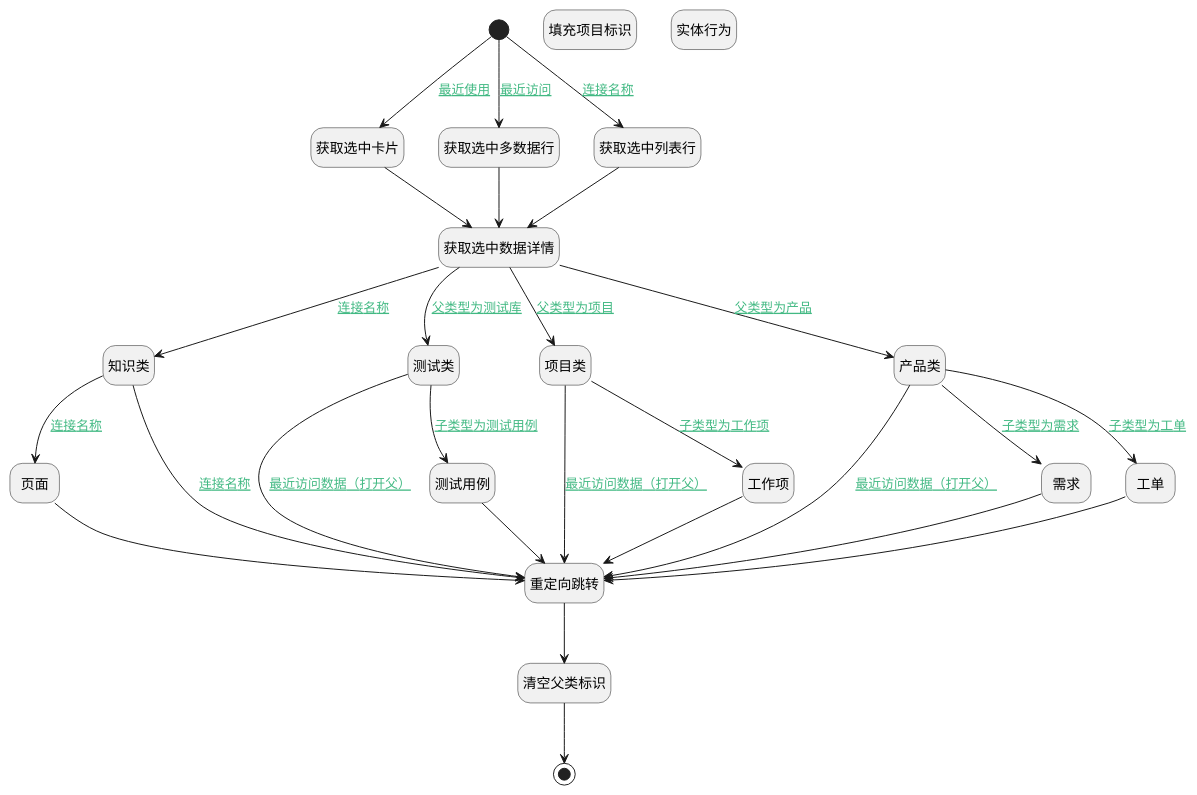
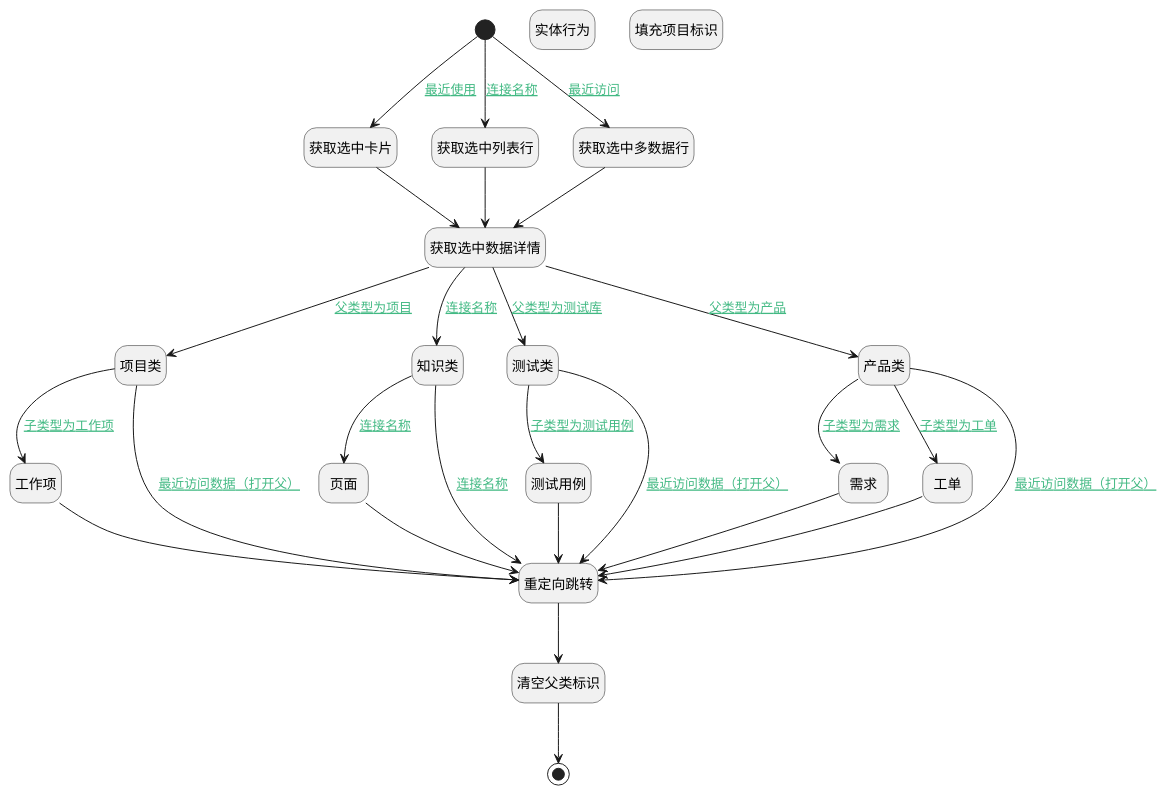
The diagram in doc/docsify/module/Base/recent/uilogic/mob_recent_jump_other_view.md (iBizLab/plm), drawn with PlantUML before and after one commit. The commit also changed other lines of this file and 862 other files, not shown here.

````diff
--- a/doc/docsify/module/Base/recent/uilogic/mob_recent_jump_other_view.md
+++ b/doc/docsify/module/Base/recent/uilogic/mob_recent_jump_other_view.md
@@ -7,61 +7,61 @@
 ```plantuml
 @startuml
 hide footbox
 <style>
 root {
   HyperlinkColor #42b983
 }
 </style>
 
 hide empty description
 state "开始" as Begin <<start>> [[$./mob_recent_jump_other_view#begin {开始}]]
-state "页面" as PREPAREJSPARAM12  [[$./mob_recent_jump_other_view#preparejsparam12 {页面}]]
-state "知识类" as PREPAREJSPARAM11  [[$./mob_recent_jump_other_view#preparejsparam11 {知识类}]]
-state "获取选中数据详情" as RAWJSCODE1  [[$./mob_recent_jump_other_view#rawjscode1 {获取选中数据详情}]]
-state "重定向跳转" as DEUIACTION1  [[$./mob_recent_jump_other_view#deuiaction1 {重定向跳转}]]
-state "获取选中卡片" as PREPAREJSPARAM1  [[$./mob_recent_jump_other_view#preparejsparam1 {获取选中卡片}]]
-state "填充项目标识" as PREPAREJSPARAM13  [[$./mob_recent_jump_other_view#preparejsparam13 {填充项目标识}]]
-state "测试类" as PREPAREJSPARAM8  [[$./mob_recent_jump_other_view#preparejsparam8 {测试类}]]
-state "结束" as END1 <<end>> [[$./mob_recent_jump_other_view#end1 {结束}]]
-state "清空父类标识" as PREPAREJSPARAM10  [[$./mob_recent_jump_other_view#preparejsparam10 {清空父类标识}]]
-state "需求" as PREPAREJSPARAM4  [[$./mob_recent_jump_other_view#preparejsparam4 {需求}]]
-state "项目类" as PREPAREJSPARAM6  [[$./mob_recent_jump_other_view#preparejsparam6 {项目类}]]
-state "获取选中多数据行" as PREPAREJSPARAM2  [[$./mob_recent_jump_other_view#preparejsparam2 {获取选中多数据行}]]
 state "实体行为" as DEACTION1  [[$./mob_recent_jump_other_view#deaction1 {实体行为}]]
 state "工作项" as PREPAREJSPARAM7  [[$./mob_recent_jump_other_view#preparejsparam7 {工作项}]]
+state "获取选中卡片" as PREPAREJSPARAM1  [[$./mob_recent_jump_other_view#preparejsparam1 {获取选中卡片}]]
+state "结束" as END1 <<end>> [[$./mob_recent_jump_other_view#end1 {结束}]]
+state "获取选中数据详情" as RAWJSCODE1  [[$./mob_recent_jump_other_view#rawjscode1 {获取选中数据详情}]]
+state "项目类" as PREPAREJSPARAM6  [[$./mob_recent_jump_other_view#preparejsparam6 {项目类}]]
+state "页面" as PREPAREJSPARAM12  [[$./mob_recent_jump_other_view#preparejsparam12 {页面}]]
+state "清空父类标识" as PREPAREJSPARAM10  [[$./mob_recent_jump_other_view#preparejsparam10 {清空父类标识}]]
+state "知识类" as PREPAREJSPARAM11  [[$./mob_recent_jump_other_view#preparejsparam11 {知识类}]]
+state "需求" as PREPAREJSPARAM4  [[$./mob_recent_jump_other_view#preparejsparam4 {需求}]]
+state "测试用例" as PREPAREJSPARAM9  [[$./mob_recent_jump_other_view#preparejsparam9 {测试用例}]]
+state "测试类" as PREPAREJSPARAM8  [[$./mob_recent_jump_other_view#preparejsparam8 {测试类}]]
 state "工单" as PREPAREJSPARAM5  [[$./mob_recent_jump_other_view#preparejsparam5 {工单}]]
 state "获取选中列表行" as PREPAREJSPARAM14  [[$./mob_recent_jump_other_view#preparejsparam14 {获取选中列表行}]]
-state "测试用例" as PREPAREJSPARAM9  [[$./mob_recent_jump_other_view#preparejsparam9 {测试用例}]]
+state "获取选中多数据行" as PREPAREJSPARAM2  [[$./mob_recent_jump_other_view#preparejsparam2 {获取选中多数据行}]]
+state "重定向跳转" as DEUIACTION1  [[$./mob_recent_jump_other_view#deuiaction1 {重定向跳转}]]
 state "产品类" as PREPAREJSPARAM3  [[$./mob_recent_jump_other_view#preparejsparam3 {产品类}]]
+state "填充项目标识" as PREPAREJSPARAM13  [[$./mob_recent_jump_other_view#preparejsparam13 {填充项目标识}]]
 
 
 Begin --> PREPAREJSPARAM1 : [[$./mob_recent_jump_other_view#begin-preparejsparam1{最近使用} 最近使用]]
 PREPAREJSPARAM1 --> RAWJSCODE1
 RAWJSCODE1 --> PREPAREJSPARAM3 : [[$./mob_recent_jump_other_view#rawjscode1-preparejsparam3{父类型为产品} 父类型为产品]]
 PREPAREJSPARAM3 --> DEUIACTION1 : [[$./mob_recent_jump_other_view#preparejsparam3-deuiaction1{最近访问数据（打开父）} 最近访问数据（打开父）]]
 DEUIACTION1 --> PREPAREJSPARAM10
 PREPAREJSPARAM10 --> END1
 PREPAREJSPARAM3 --> PREPAREJSPARAM4 : [[$./mob_recent_jump_other_view#preparejsparam3-preparejsparam4{子类型为需求} 子类型为需求]]
 PREPAREJSPARAM4 --> DEUIACTION1
 PREPAREJSPARAM3 --> PREPAREJSPARAM5 : [[$./mob_recent_jump_other_view#preparejsparam3-preparejsparam5{子类型为工单} 子类型为工单]]
 PREPAREJSPARAM5 --> DEUIACTION1
 RAWJSCODE1 --> PREPAREJSPARAM6 : [[$./mob_recent_jump_other_view#rawjscode1-preparejsparam6{父类型为项目} 父类型为项目]]
 PREPAREJSPARAM6 --> DEUIACTION1 : [[$./mob_recent_jump_other_view#preparejsparam6-deuiaction1{最近访问数据（打开父）} 最近访问数据（打开父）]]
 PREPAREJSPARAM6 --> PREPAREJSPARAM7 : [[$./mob_recent_jump_other_view#preparejsparam6-preparejsparam7{子类型为工作项} 子类型为工作项]]
 PREPAREJSPARAM7 --> DEUIACTION1
 RAWJSCODE1 --> PREPAREJSPARAM8 : [[$./mob_recent_jump_other_view#rawjscode1-preparejsparam8{父类型为测试库} 父类型为测试库]]
 PREPAREJSPARAM8 --> DEUIACTION1 : [[$./mob_recent_jump_other_view#preparejsparam8-deuiaction1{最近访问数据（打开父）} 最近访问数据（打开父）]]
 PREPAREJSPARAM8 --> PREPAREJSPARAM9 : [[$./mob_recent_jump_other_view#preparejsparam8-preparejsparam9{子类型为测试用例} 子类型为测试用例]]
 PREPAREJSPARAM9 --> DEUIACTION1
 RAWJSCODE1 --> PREPAREJSPARAM11 : [[$./mob_recent_jump_other_view#rawjscode1-preparejsparam11{连接名称} 连接名称]]
 PREPAREJSPARAM11 --> PREPAREJSPARAM12 : [[$./mob_recent_jump_other_view#preparejsparam11-preparejsparam12{连接名称} 连接名称]]
 PREPAREJSPARAM12 --> DEUIACTION1
 PREPAREJSPARAM11 --> DEUIACTION1 : [[$./mob_recent_jump_other_view#preparejsparam11-deuiaction1{连接名称} 连接名称]]
 Begin --> PREPAREJSPARAM2 : [[$./mob_recent_jump_other_view#begin-preparejsparam2{最近访问} 最近访问]]
 PREPAREJSPARAM2 --> RAWJSCODE1
 Begin --> PREPAREJSPARAM14 : [[$./mob_recent_jump_other_view#begin-preparejsparam14{连接名称} 连接名称]]
 PREPAREJSPARAM14 --> RAWJSCODE1
 
 
 @enduml
 ```
````
